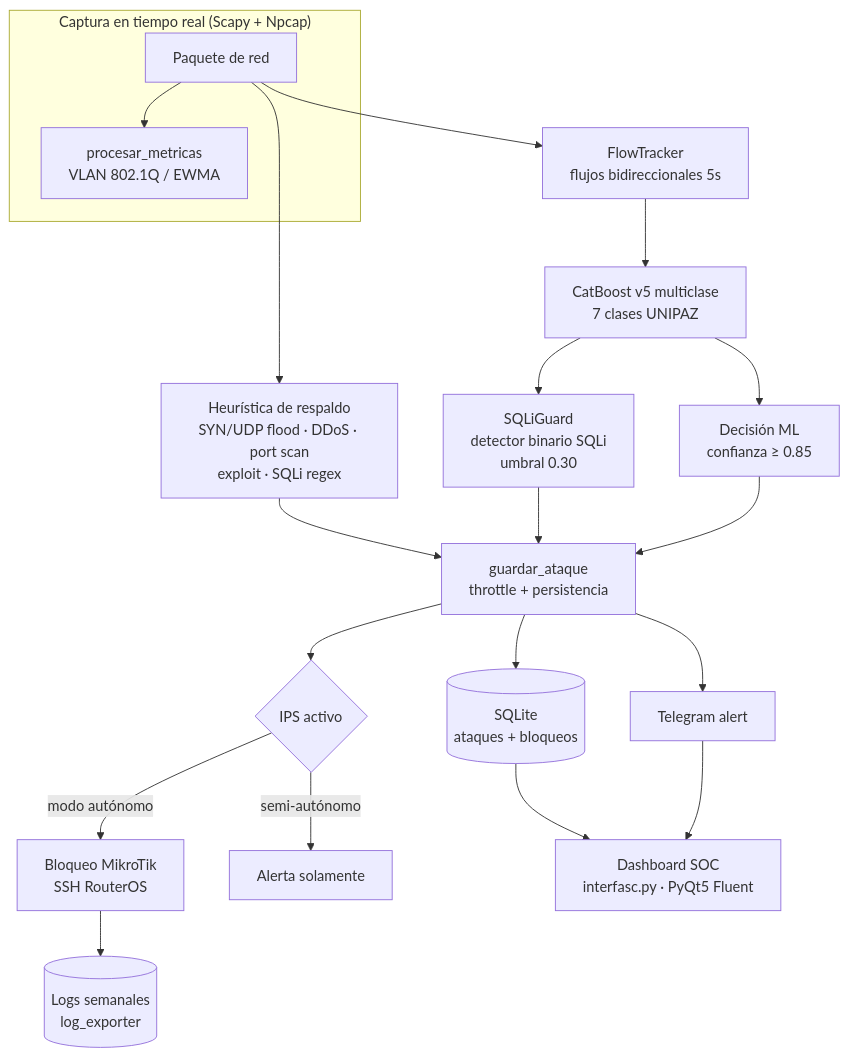
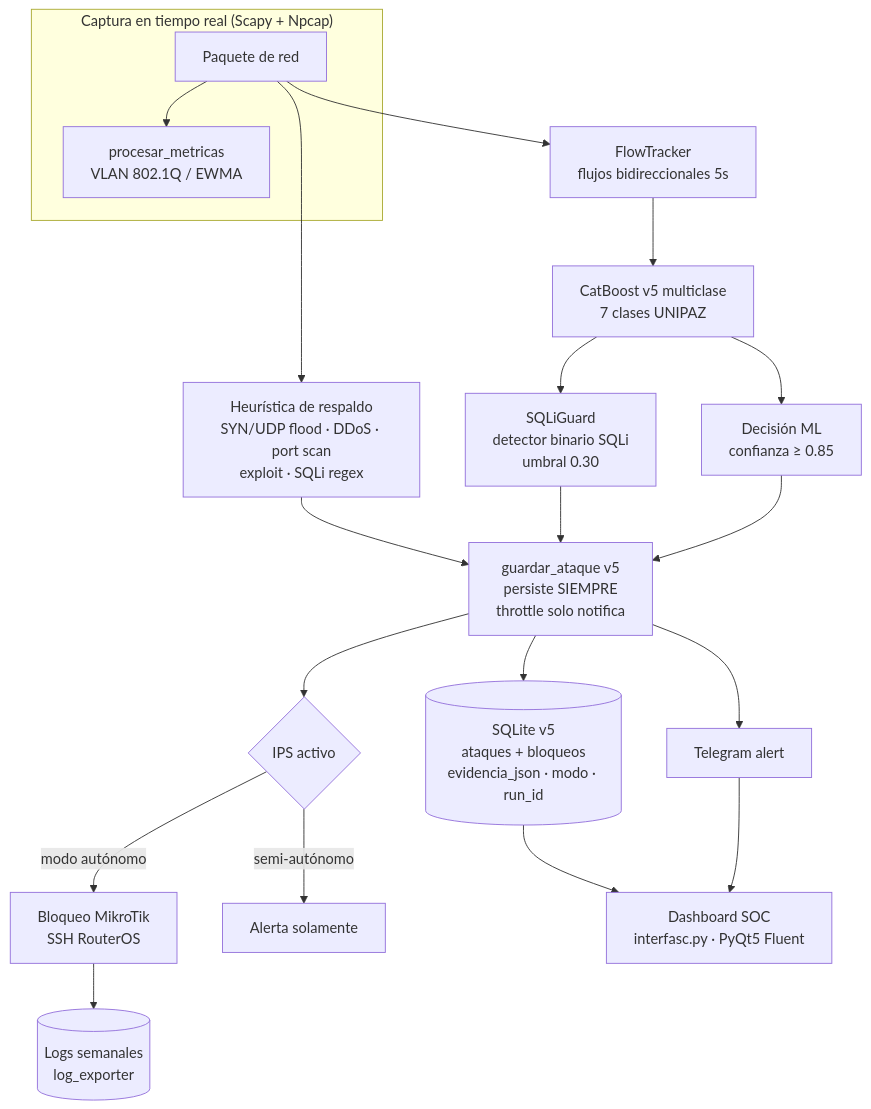
Before and after one commit to K-ev1004/Proyecto-IPS-IDS-ML: the diagram in README.md, drawn with Mermaid. The commit also changed other lines of this file and 5 other files, not shown here.

````diff
--- a/README.md
+++ b/README.md
@@ -96,26 +121,26 @@
 ```mermaid
 flowchart TD
     subgraph Captura["Captura en tiempo real (Scapy + Npcap)"]
         P[Paquete de red] --> M[procesar_metricas<br/>VLAN 802.1Q / EWMA]
     end
 
     P --> H[Heurística de respaldo<br/>SYN/UDP flood · DDoS · port scan<br/>exploit · SQLi regex]
     P --> F[FlowTracker<br/>flujos bidireccionales 5s]
 
     F --> V5[CatBoost v5 multiclase<br/>7 clases UNIPAZ]
     V5 --> G[SQLiGuard<br/>detector binario SQLi<br/>umbral 0.30]
     V5 --> D[Decisión ML<br/>confianza ≥ 0.85]
 
-    H --> A[guardar_ataque<br/>throttle + persistencia]
+    H --> A[guardar_ataque v5<br/>persiste SIEMPRE<br/>throttle solo notifica]
     G --> A
     D --> A
 
-    A --> DB[(SQLite<br/>ataques + bloqueos)]
+    A --> DB[(SQLite v5<br/>ataques + bloqueos<br/>evidencia_json · modo · run_id)]
     A --> TG[Telegram alert]
     A --> IPS{IPS activo}
     IPS -->|modo autónomo| MK[Bloqueo MikroTik<br/>SSH RouterOS]
     IPS -->|semi-autónomo| AL[Alerta solamente]
     MK --> LG[(Logs semanales<br/>log_exporter)]
     DB --> GUI[Dashboard SOC<br/>interfasc.py · PyQt5 Fluent]
     TG --> GUI
 ```
````
